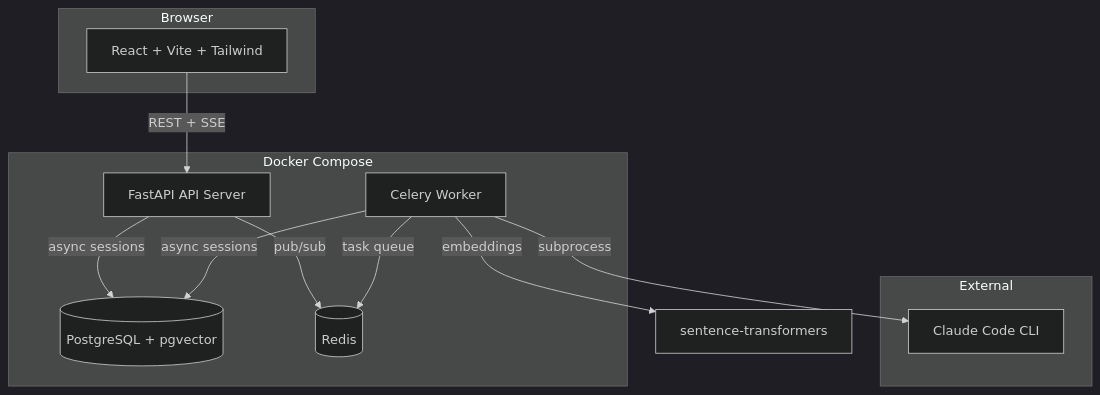
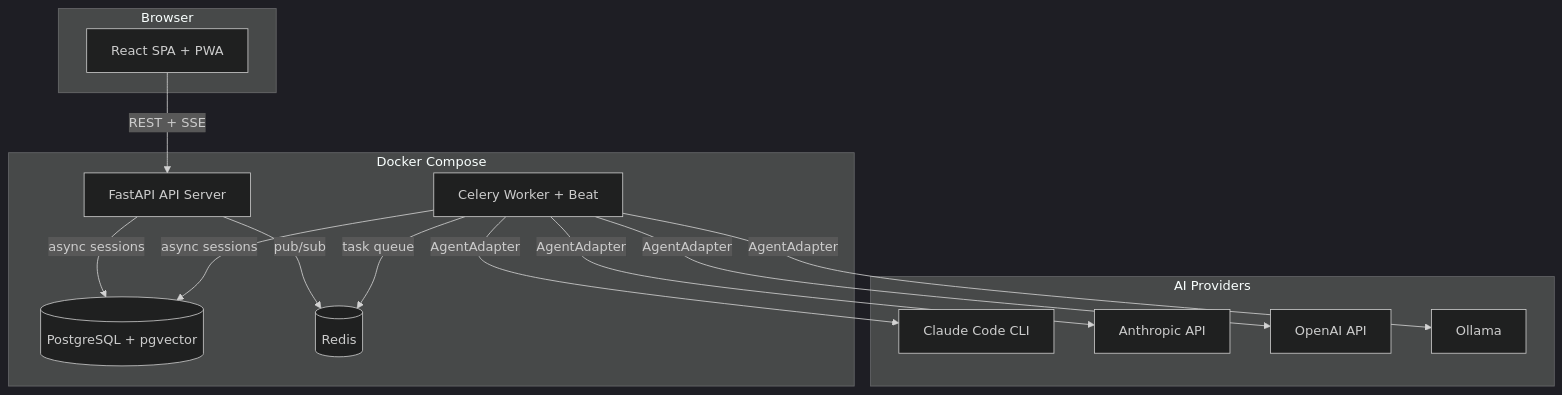
Before and after one commit to alcybersec/StudyAIO: the first of 2 diagrams in README.md, drawn with Mermaid (dark theme). The commit also changed other lines of this file and 30 other files, not shown here.

````diff
--- a/README.md
+++ b/README.md
@@ -19,25 +39,30 @@
 ```mermaid
 graph TB
     subgraph Browser
-        UI[React + Vite + Tailwind]
+        UI[React SPA + PWA]
     end
 
     subgraph Docker Compose
         API[FastAPI API Server]
-        Worker[Celery Worker]
+        Worker[Celery Worker + Beat]
         DB[(PostgreSQL + pgvector)]
         Redis[(Redis)]
     end
 
-    subgraph External
+    subgraph AI Providers
         Claude[Claude Code CLI]
+        Anthropic[Anthropic API]
+        OpenAI[OpenAI API]
+        Ollama[Ollama]
     end
 
     UI -->|REST + SSE| API
     API -->|async sessions| DB
     API -->|pub/sub| Redis
     Worker -->|task queue| Redis
     Worker -->|async sessions| DB
-    Worker -->|subprocess| Claude
-    Worker -->|embeddings| ST[sentence-transformers]
+    Worker -->|AgentAdapter| Claude
+    Worker -->|AgentAdapter| Anthropic
+    Worker -->|AgentAdapter| OpenAI
+    Worker -->|AgentAdapter| Ollama
 ```
````
